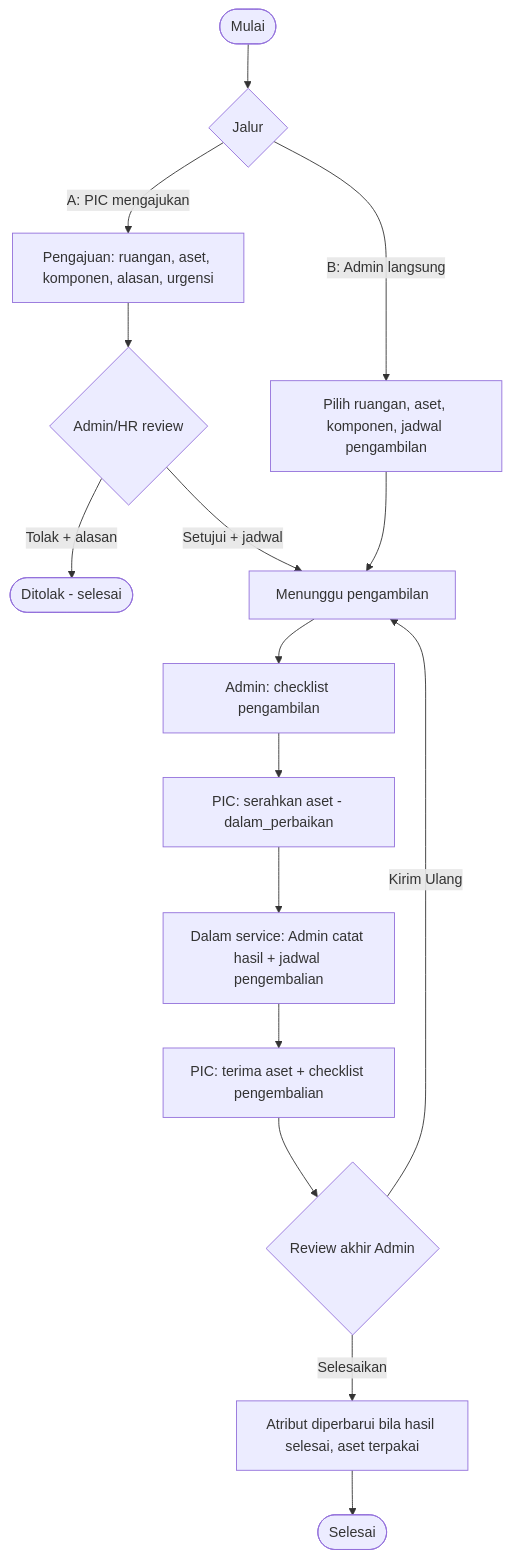
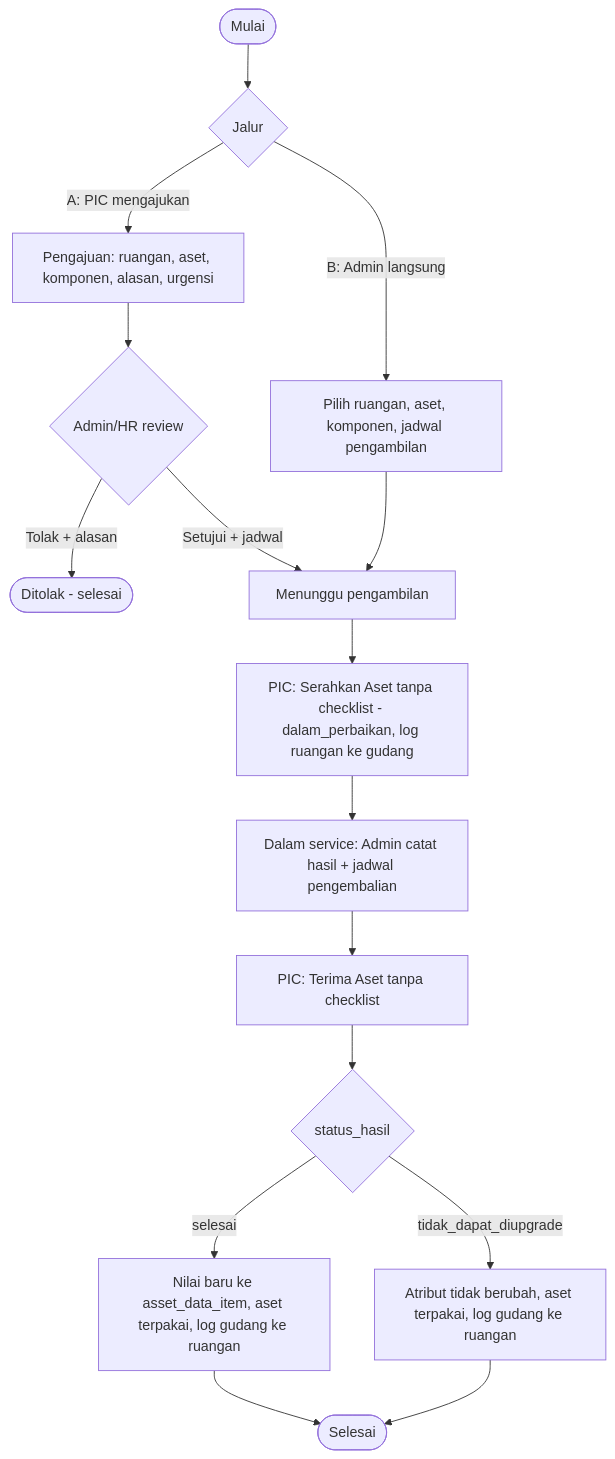
Before and after one commit to setiyawan12/DOKUMENTASI-ASSET: the first of 4 diagrams in dokumentasi-asset-upgrade-ruangan.md, drawn with Mermaid. The commit also changed other lines of this file and 6 other files, not shown here.

````diff
--- a/dokumentasi-asset-upgrade-ruangan.md
+++ b/dokumentasi-asset-upgrade-ruangan.md
@@ -146,18 +149,18 @@
 ```mermaid
 flowchart TD
     A([Mulai]) --> J{Jalur}
     J -->|A: PIC mengajukan| P[Pengajuan: ruangan, aset, komponen, alasan, urgensi]
     J -->|B: Admin langsung| B[Pilih ruangan, aset, komponen, jadwal pengambilan]
     P --> R{Admin/HR review}
     R -->|Tolak + alasan| T([Ditolak - selesai])
     R -->|Setujui + jadwal| W[Menunggu pengambilan]
     B --> W
-    W --> C[Admin: checklist pengambilan]
-    C --> L[PIC: serahkan aset - dalam_perbaikan]
+    W --> L[PIC: Serahkan Aset tanpa checklist - dalam_perbaikan, log ruangan ke gudang]
     L --> S[Dalam service: Admin catat hasil + jadwal pengembalian]
-    S --> N[PIC: terima aset + checklist pengembalian]
-    N --> V{Review akhir Admin}
-    V -->|Kirim Ulang| W
-    V -->|Selesaikan| K[Atribut diperbarui bila hasil selesai, aset terpakai]
+    S --> N[PIC: Terima Aset tanpa checklist]
+    N --> H{status_hasil}
+    H -->|selesai| K[Nilai baru ke asset_data_item, aset terpakai, log gudang ke ruangan]
+    H -->|tidak_dapat_diupgrade| K2[Atribut tidak berubah, aset terpakai, log gudang ke ruangan]
     K --> Z([Selesai])
+    K2 --> Z
 ```
````
